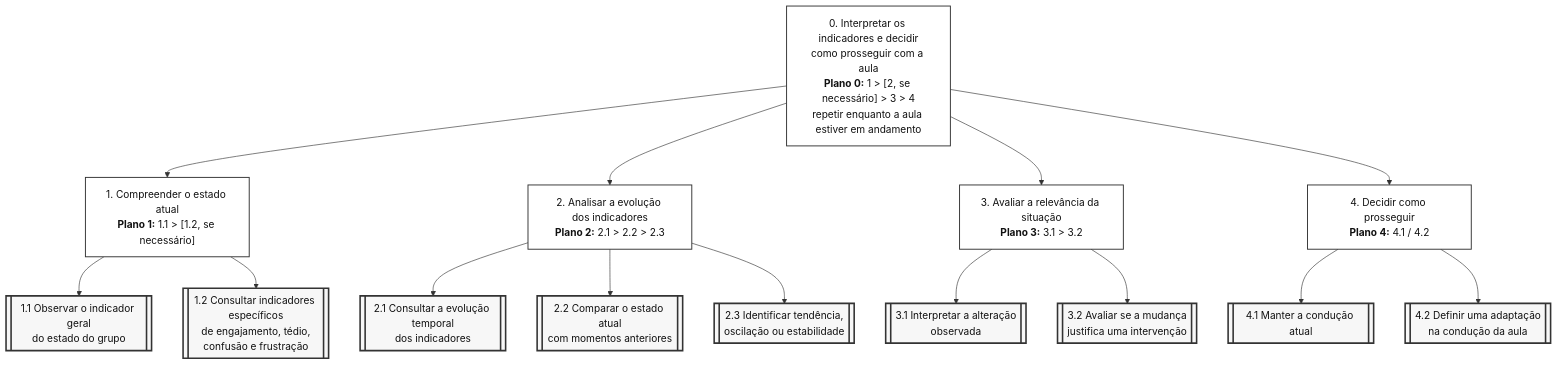
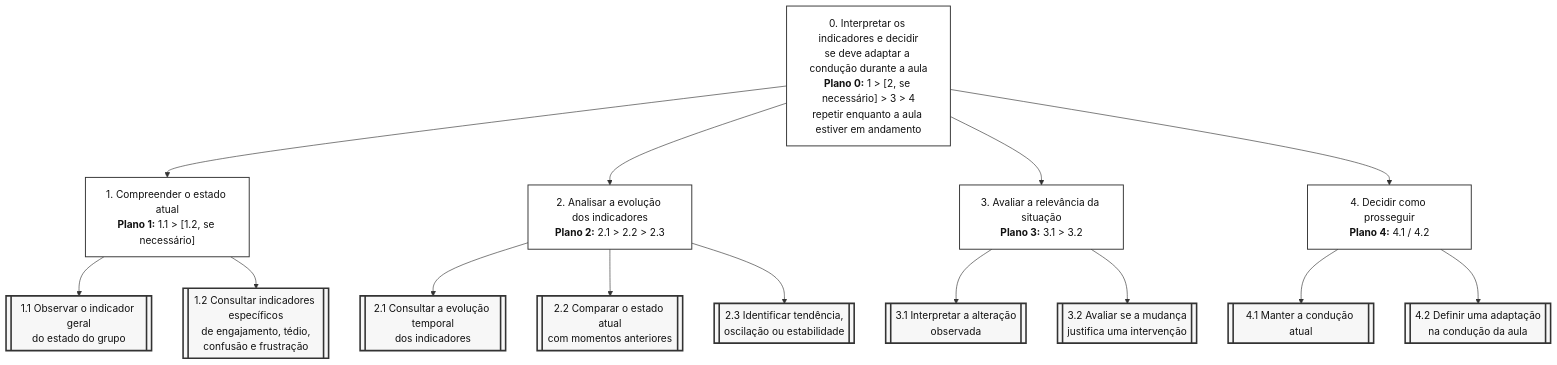
One commit to IsaRosseto/IHC_MindFlowAI changed the first of 2 diagrams in docs/05_analise_tarefas.md. Above: the diagram before and after it, drawn with Mermaid. The commit also changed other lines of this file, not shown here.

````diff
--- a/docs/05_analise_tarefas.md
+++ b/docs/05_analise_tarefas.md
@@ -55,50 +55,50 @@
 ```mermaid
 flowchart TB
 
-    T0["0. Interpretar os indicadores e decidir<br/>como prosseguir com a aula<br/><b>Plano 0:</b> 1 > [2, se necessário] > 3 > 4<br/>repetir enquanto a aula estiver em andamento"]
+    T0["0. Interpretar os indicadores e decidir<br/>se deve adaptar a condução durante a aula<br/><b>Plano 0:</b> 1 > [2, se necessário] > 3 > 4<br/>repetir enquanto a aula estiver em andamento"]
 
     T1["1. Compreender o estado atual<br/><b>Plano 1:</b> 1.1 > [1.2, se necessário]"]
 
     T2["2. Analisar a evolução dos indicadores<br/><b>Plano 2:</b> 2.1 > 2.2 > 2.3"]
 
     T3["3. Avaliar a relevância da situação<br/><b>Plano 3:</b> 3.1 > 3.2"]
 
     T4["4. Decidir como prosseguir<br/><b>Plano 4:</b> 4.1 / 4.2"]
 
     T0 --> T1
     T0 --> T2
     T0 --> T3
     T0 --> T4
 
     T11[["1.1 Observar o indicador geral<br/>do estado do grupo"]]
     T12[["1.2 Consultar indicadores específicos<br/>de engajamento, tédio,<br/>confusão e frustração"]]
 
     T1 --> T11
     T1 --> T12
 
     T21[["2.1 Consultar a evolução temporal<br/>dos indicadores"]]
     T22[["2.2 Comparar o estado atual<br/>com momentos anteriores"]]
     T23[["2.3 Identificar tendência,<br/>oscilação ou estabilidade"]]
 
     T2 --> T21
     T2 --> T22
     T2 --> T23
 
     T31[["3.1 Interpretar a alteração<br/>observada"]]
     T32[["3.2 Avaliar se a mudança<br/>justifica uma intervenção"]]
 
     T3 --> T31
     T3 --> T32
 
     T41[["4.1 Manter a condução atual"]]
     T42[["4.2 Definir uma adaptação<br/>na condução da aula"]]
 
     T4 --> T41
     T4 --> T42
 
     classDef objetivo fill:#ffffff,stroke:#333,stroke-width:1.5px,color:#111;
     classDef operacao fill:#f7f7f7,stroke:#333,stroke-width:2.5px,color:#111;
 
     class T0,T1,T2,T3,T4 objetivo;
     class T11,T12,T21,T22,T23,T31,T32,T41,T42 operacao;
 ```
````
